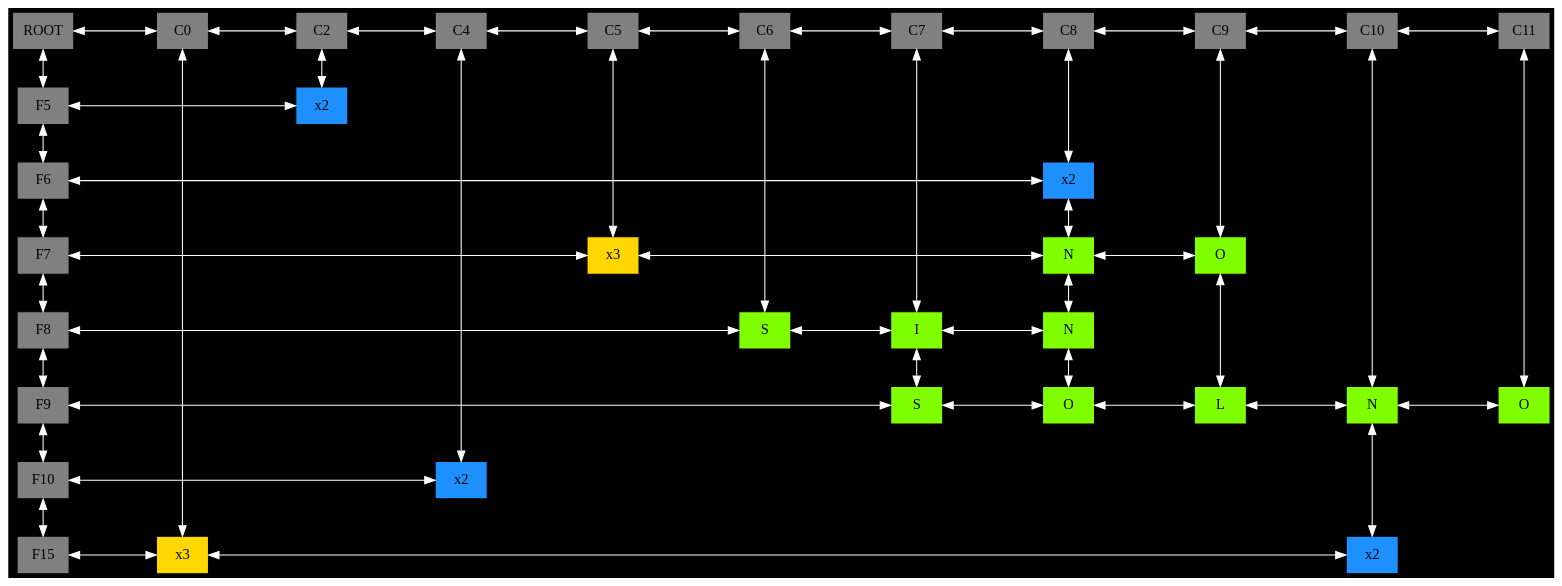
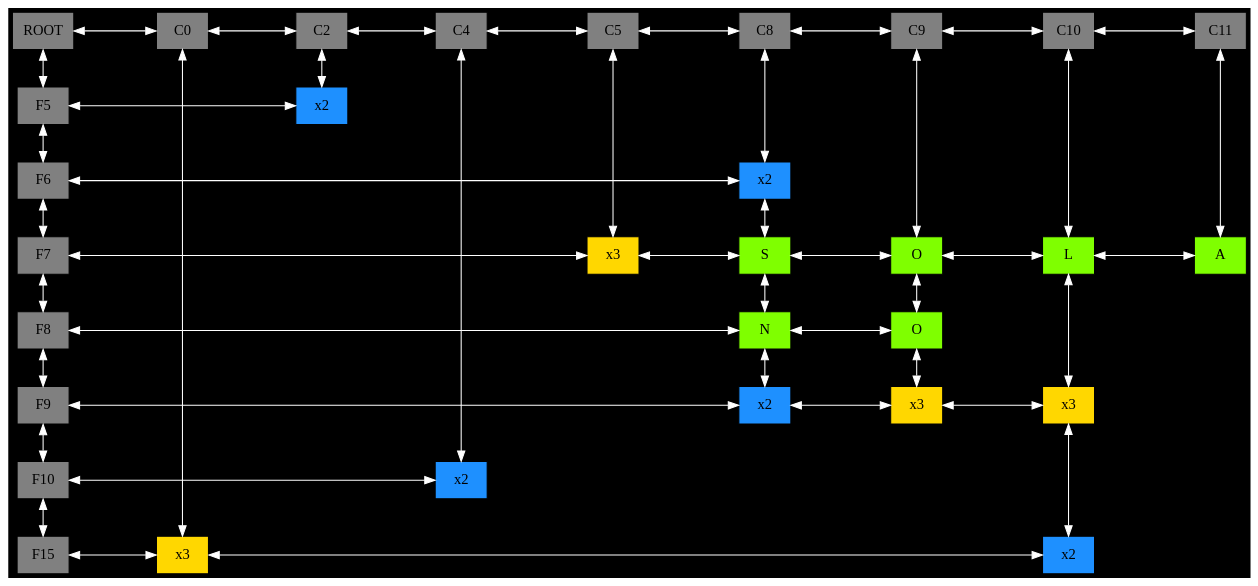
The diagram in Proyecto1EDD_201800464/REPORTES/matriz.dot (PabloAndresArg/EDD_1S2020_PY1_201800464), drawn with Graphviz before and after one commit. The commit also changed 23 other files, not shown here.

```diff
--- a/Proyecto1EDD_201800464/REPORTES/matriz.dot
+++ b/Proyecto1EDD_201800464/REPORTES/matriz.dot
@@ -1,105 +1,98 @@
 digraph G {bgcolor = black; 
 node[pin = true , shape = box, fontcolor = black  , fillcolor = gray  , width=0.7 ,style = filled] ;
 charset = latin1;
  style = filled ;
 nodesep = 1.0;
-VAL_00E50780->VAL_00E8B4E8 [ dir=both ,color = white]; 
-VAL_00E50780->VAL_00E8B100 [  dir=both,  color = white]; 
-VAL_00E50780[label = "ROOT", group = -1,pos = "-1,1" ];
-VAL_00E8B4E8->VAL_00E8AF08 [ dir=both, color = white]; 
-VAL_00E8B4E8->VAL_00E8B9B0 [ dir=both, color = white]; 
-VAL_00E8B4E8[label="C0", group = 0,pos = "0,1" ];
-VAL_00E8AF08->VAL_00E8B3C8 [ dir=both, color = white]; 
-VAL_00E8AF08->VAL_00E8A920 [ dir=both, color = white]; 
-VAL_00E8AF08[label="C2", group = 2,pos = "2,1" ];
-VAL_00E8B3C8->VAL_00E8C610 [ dir=both, color = white]; 
-VAL_00E8B3C8->VAL_00E8B4A0 [ dir=both, color = white]; 
-VAL_00E8B3C8[label="C4", group = 4,pos = "4,1" ];
-VAL_00E8C610->VAL_00E8CA90 [ dir=both, color = white]; 
-VAL_00E8C610->VAL_00E8ADE8 [ dir=both, color = white]; 
-VAL_00E8C610[label="C5", group = 5,pos = "5,1" ];
-VAL_00E8CA90->VAL_00E8CF10 [ dir=both, color = white]; 
-VAL_00E8CA90->VAL_00E8C9B8 [ dir=both, color = white]; 
-VAL_00E8CA90[label="C6", group = 6,pos = "6,1" ];
-VAL_00E8CF10->VAL_00E8B070 [ dir=both, color = white]; 
-VAL_00E8CF10->VAL_00E8CB68 [ dir=both, color = white]; 
-VAL_00E8CF10[label="C7", group = 7,pos = "7,1" ];
-VAL_00E8B070->VAL_00E8C4F0 [ dir=both, color = white]; 
-VAL_00E8B070->VAL_00E8AFE0 [ dir=both, color = white]; 
-VAL_00E8B070[label="C8", group = 8,pos = "8,1" ];
-VAL_00E8C4F0->VAL_00E8B968 [ dir=both, color = white]; 
-VAL_00E8C4F0->VAL_00E8CD18 [ dir=both, color = white]; 
-VAL_00E8C4F0[label="C9", group = 9,pos = "9,1" ];
-VAL_00E8B968->VAL_00E8BBA8 [ dir=both, color = white]; 
-VAL_00E8B968->VAL_00E8B848 [ dir=both, color = white]; 
-VAL_00E8B968[label="C10", group = 10,pos = "10,1" ];
-VAL_00E8BBA8->VAL_00E8C190 [ dir=both, color = white]; 
-VAL_00E8BBA8[label="C11", group = 11,pos = "11,1" ];
-VAL_00E8B100->VAL_00E8A920 [ dir=both ,color = white]; 
-VAL_00E8B100->VAL_00E8AD58 [  dir=both,  color = white]; 
-VAL_00E8B100[label="F5" , group = -1,pos = "-1,-5" ];
-VAL_00E8A920[ label = " x2 " ,fillcolor = dodgerblue1, group = 2,pos = "2,-5" ];
-VAL_00E8AD58->VAL_00E8AFE0 [ dir=both ,color = white]; 
-VAL_00E8AD58->VAL_00E8C7C0 [  dir=both,  color = white]; 
-VAL_00E8AD58[label="F6" , group = -1,pos = "-1,-6" ];
-VAL_00E8AFE0->VAL_00E8C6A0 [ dir=both, color = white]; 
-VAL_00E8AFE0[ label = " x2 " ,fillcolor = dodgerblue1, group = 8,pos = "8,-6" ];
-VAL_00E8C7C0->VAL_00E8ADE8 [ dir=both ,color = white]; 
-VAL_00E8C7C0->VAL_00E8C5C8 [  dir=both,  color = white]; 
-VAL_00E8C7C0[label="F7" , group = -1,pos = "-1,-7" ];
-VAL_00E8ADE8->VAL_00E8C6A0 [ dir=both, color = white]; 
-VAL_00E8ADE8[ label = " x3 "  ,fillcolor = gold1, group = 5,pos = "5,-7" ];
-VAL_00E8C6A0->VAL_00E8CD18 [ dir=both, color = white]; 
-VAL_00E8C6A0->VAL_00E8CE38 [ dir=both, color = white]; 
-VAL_00E8C6A0[ label = "N" ,dir=both ,fillcolor = chartreuse1, group = 8,pos = "8,-7" ];
-VAL_00E8CD18->VAL_00E8B5C0 [ dir=both, color = white]; 
-VAL_00E8CD18[ label = "O" ,dir=both ,fillcolor = chartreuse1, group = 9,pos = "9,-7" ];
-VAL_00E8C5C8->VAL_00E8C9B8 [ dir=both ,color = white]; 
-VAL_00E8C5C8->VAL_00E8D1E0 [  dir=both,  color = white]; 
-VAL_00E8C5C8[label="F8" , group = -1,pos = "-1,-8" ];
-VAL_00E8C9B8->VAL_00E8CB68 [ dir=both, color = white]; 
-VAL_00E8C9B8[ label = "S" ,dir=both ,fillcolor = chartreuse1, group = 6,pos = "6,-8" ];
-VAL_00E8CB68->VAL_00E8CE38 [ dir=both, color = white]; 
-VAL_00E8CB68->VAL_00E8CFE8 [ dir=both, color = white]; 
-VAL_00E8CB68[ label = "I" ,dir=both ,fillcolor = chartreuse1, group = 7,pos = "7,-8" ];
-VAL_00E8CE38->VAL_00E8CDF0 [ dir=both, color = white]; 
-VAL_00E8CE38[ label = "N" ,dir=both ,fillcolor = chartreuse1, group = 8,pos = "8,-8" ];
-VAL_00E8D1E0->VAL_00E8CFE8 [ dir=both ,color = white]; 
-VAL_00E8D1E0->VAL_00E8BA88 [  dir=both,  color = white]; 
-VAL_00E8D1E0[label="F9" , group = -1,pos = "-1,-9" ];
-VAL_00E8CFE8->VAL_00E8CDF0 [ dir=both, color = white]; 
-VAL_00E8CFE8[ label = "S" ,dir=both ,fillcolor = chartreuse1, group = 7,pos = "7,-9" ];
-VAL_00E8CDF0->VAL_00E8B5C0 [ dir=both, color = white]; 
-VAL_00E8CDF0[ label = "O" ,dir=both ,fillcolor = chartreuse1, group = 8,pos = "8,-9" ];
-VAL_00E8B5C0->VAL_00E8B848 [ dir=both, color = white]; 
-VAL_00E8B5C0[ label = "L" ,dir=both ,fillcolor = chartreuse1, group = 9,pos = "9,-9" ];
-VAL_00E8B848->VAL_00E8C190 [ dir=both, color = white]; 
-VAL_00E8B848->VAL_00E8BDE8 [ dir=both, color = white]; 
-VAL_00E8B848[ label = "N" ,dir=both ,fillcolor = chartreuse1, group = 10,pos = "10,-9" ];
-VAL_00E8C190[ label = "O" ,dir=both ,fillcolor = chartreuse1, group = 11,pos = "11,-9" ];
-VAL_00E8BA88->VAL_00E8B4A0 [ dir=both ,color = white]; 
-VAL_00E8BA88->VAL_00E8B728 [  dir=both,  color = white]; 
-VAL_00E8BA88[label="F10" , group = -1,pos = "-1,-10" ];
-VAL_00E8B4A0[ label = " x2 " ,fillcolor = dodgerblue1, group = 4,pos = "4,-10" ];
-VAL_00E8B728->VAL_00E8B9B0 [ dir=both ,color = white]; 
-VAL_00E8B728[label="F15" , group = -1,pos = "-1,-15" ];
-VAL_00E8B9B0->VAL_00E8BDE8 [ dir=both, color = white]; 
-VAL_00E8B9B0[ label = " x3 "  ,fillcolor = gold1, group = 0,pos = "0,-15" ];
-VAL_00E8BDE8[ label = " x2 " ,fillcolor = dodgerblue1, group = 10,pos = "10,-15" ];
-{rank = same; VAL_00E50780 VAL_00E8B4E8 VAL_00E8AF08 VAL_00E8B3C8 VAL_00E8C610 VAL_00E8CA90 VAL_00E8CF10 VAL_00E8B070 VAL_00E8C4F0 VAL_00E8B968 VAL_00E8BBA8 };
+VAL_00D859B8->VAL_00DC40E0 [ dir=both ,color = white]; 
+VAL_00D859B8->VAL_00DBCEF0 [  dir=both,  color = white]; 
+VAL_00D859B8[label = "ROOT", group = -1,pos = "-1,1" ];
+VAL_00DC40E0->VAL_00DBD0E8 [ dir=both, color = white]; 
+VAL_00DC40E0->VAL_00DC4320 [ dir=both, color = white]; 
+VAL_00DC40E0[label="C0", group = 0,pos = "0,1" ];
+VAL_00DBD0E8->VAL_00DC4488 [ dir=both, color = white]; 
+VAL_00DBD0E8->VAL_00D9B8E8 [ dir=both, color = white]; 
+VAL_00DBD0E8[label="C2", group = 2,pos = "2,1" ];
+VAL_00DC4488->VAL_00DBD2E0 [ dir=both, color = white]; 
+VAL_00DC4488->VAL_00DC4368 [ dir=both, color = white]; 
+VAL_00DC4488[label="C4", group = 4,pos = "4,1" ];
+VAL_00DBD2E0->VAL_00DBD178 [ dir=both, color = white]; 
+VAL_00DBD2E0->VAL_00DBD370 [ dir=both, color = white]; 
+VAL_00DBD2E0[label="C5", group = 5,pos = "5,1" ];
+VAL_00DBD178->VAL_00DBC950 [ dir=both, color = white]; 
+VAL_00DBD178->VAL_00DBD0A0 [ dir=both, color = white]; 
+VAL_00DBD178[label="C8", group = 8,pos = "8,1" ];
+VAL_00DBC950->VAL_00DC4440 [ dir=both, color = white]; 
+VAL_00DBC950->VAL_00DC3E10 [ dir=both, color = white]; 
+VAL_00DBC950[label="C9", group = 9,pos = "9,1" ];
+VAL_00DC4440->VAL_00DC3798 [ dir=both, color = white]; 
+VAL_00DC4440->VAL_00DC3A20 [ dir=both, color = white]; 
+VAL_00DC4440[label="C10", group = 10,pos = "10,1" ];
+VAL_00DC3798->VAL_00DC3900 [ dir=both, color = white]; 
+VAL_00DC3798[label="C11", group = 11,pos = "11,1" ];
+VAL_00DBCEF0->VAL_00D9B8E8 [ dir=both ,color = white]; 
+VAL_00DBCEF0->VAL_00DBD1C0 [  dir=both,  color = white]; 
+VAL_00DBCEF0[label="F5" , group = -1,pos = "-1,-5" ];
+VAL_00D9B8E8[ label = " x2 " ,fillcolor = dodgerblue1, group = 2,pos = "2,-5" ];
+VAL_00DBD1C0->VAL_00DBD0A0 [ dir=both ,color = white]; 
+VAL_00DBD1C0->VAL_00DBD490 [  dir=both,  color = white]; 
+VAL_00DBD1C0[label="F6" , group = -1,pos = "-1,-6" ];
+VAL_00DBD0A0->VAL_00DBCA28 [ dir=both, color = white]; 
+VAL_00DBD0A0[ label = " x2 " ,fillcolor = dodgerblue1, group = 8,pos = "8,-6" ];
+VAL_00DBD490->VAL_00DBD370 [ dir=both ,color = white]; 
+VAL_00DBD490->VAL_00DBC8C0 [  dir=both,  color = white]; 
+VAL_00DBD490[label="F7" , group = -1,pos = "-1,-7" ];
+VAL_00DBD370->VAL_00DBCA28 [ dir=both, color = white]; 
+VAL_00DBD370[ label = " x3 "  ,fillcolor = gold1, group = 5,pos = "5,-7" ];
+VAL_00DBCA28->VAL_00DC3E10 [ dir=both, color = white]; 
+VAL_00DBCA28->VAL_00DBCA70 [ dir=both, color = white]; 
+VAL_00DBCA28[ label = "S" ,dir=both ,fillcolor = chartreuse1, group = 8,pos = "8,-7" ];
+VAL_00DC3E10->VAL_00DC3A20 [ dir=both, color = white]; 
+VAL_00DC3E10->VAL_00DBC908 [ dir=both, color = white]; 
+VAL_00DC3E10[ label = "O" ,dir=both ,fillcolor = chartreuse1, group = 9,pos = "9,-7" ];
+VAL_00DC3A20->VAL_00DC3900 [ dir=both, color = white]; 
+VAL_00DC3A20->VAL_00DC41B8 [ dir=both, color = white]; 
+VAL_00DC3A20[ label = "L" ,dir=both ,fillcolor = chartreuse1, group = 10,pos = "10,-7" ];
+VAL_00DC3900[ label = "A" ,dir=both ,fillcolor = chartreuse1, group = 11,pos = "11,-7" ];
+VAL_00DBC8C0->VAL_00DBCA70 [ dir=both ,color = white]; 
+VAL_00DBC8C0->VAL_00DBC998 [  dir=both,  color = white]; 
+VAL_00DBC8C0[label="F8" , group = -1,pos = "-1,-8" ];
+VAL_00DBCA70->VAL_00DBC908 [ dir=both, color = white]; 
+VAL_00DBCA70->VAL_00DBCD88 [ dir=both, color = white]; 
+VAL_00DBCA70[ label = "N" ,dir=both ,fillcolor = chartreuse1, group = 8,pos = "8,-8" ];
+VAL_00DBC908->VAL_00DBCC68 [ dir=both, color = white]; 
+VAL_00DBC908[ label = "O" ,dir=both ,fillcolor = chartreuse1, group = 9,pos = "9,-8" ];
+VAL_00DBC998->VAL_00DBCD88 [ dir=both ,color = white]; 
+VAL_00DBC998->VAL_00DC4200 [  dir=both,  color = white]; 
+VAL_00DBC998[label="F9" , group = -1,pos = "-1,-9" ];
+VAL_00DBCD88->VAL_00DBCC68 [ dir=both, color = white]; 
+VAL_00DBCD88[ label = " x2 " ,fillcolor = dodgerblue1, group = 8,pos = "8,-9" ];
+VAL_00DBCC68->VAL_00DC41B8 [ dir=both, color = white]; 
+VAL_00DBCC68[ label = " x3 "  ,fillcolor = gold1, group = 9,pos = "9,-9" ];
+VAL_00DC41B8->VAL_00DC3828 [ dir=both, color = white]; 
+VAL_00DC41B8[ label = " x3 "  ,fillcolor = gold1, group = 10,pos = "10,-9" ];
+VAL_00DC4200->VAL_00DC4368 [ dir=both ,color = white]; 
+VAL_00DC4200->VAL_00DC4248 [  dir=both,  color = white]; 
+VAL_00DC4200[label="F10" , group = -1,pos = "-1,-10" ];
+VAL_00DC4368[ label = " x2 " ,fillcolor = dodgerblue1, group = 4,pos = "4,-10" ];
+VAL_00DC4248->VAL_00DC4320 [ dir=both ,color = white]; 
+VAL_00DC4248[label="F15" , group = -1,pos = "-1,-15" ];
+VAL_00DC4320->VAL_00DC3828 [ dir=both, color = white]; 
+VAL_00DC4320[ label = " x3 "  ,fillcolor = gold1, group = 0,pos = "0,-15" ];
+VAL_00DC3828[ label = " x2 " ,fillcolor = dodgerblue1, group = 10,pos = "10,-15" ];
+{rank = same; VAL_00D859B8 VAL_00DC40E0 VAL_00DBD0E8 VAL_00DC4488 VAL_00DBD2E0 VAL_00DBD178 VAL_00DBC950 VAL_00DC4440 VAL_00DC3798 };
 
-{rank = same; VAL_00E8B100 VAL_00E8A920 };
+{rank = same; VAL_00DBCEF0 VAL_00D9B8E8 };
 
-{rank = same; VAL_00E8AD58 VAL_00E8AFE0 };
+{rank = same; VAL_00DBD1C0 VAL_00DBD0A0 };
 
-{rank = same; VAL_00E8C7C0 VAL_00E8ADE8 VAL_00E8C6A0 VAL_00E8CD18 };
+{rank = same; VAL_00DBD490 VAL_00DBD370 VAL_00DBCA28 VAL_00DC3E10 VAL_00DC3A20 VAL_00DC3900 };
 
-{rank = same; VAL_00E8C5C8 VAL_00E8C9B8 VAL_00E8CB68 VAL_00E8CE38 };
+{rank = same; VAL_00DBC8C0 VAL_00DBCA70 VAL_00DBC908 };
 
-{rank = same; VAL_00E8D1E0 VAL_00E8CFE8 VAL_00E8CDF0 VAL_00E8B5C0 VAL_00E8B848 VAL_00E8C190 };
+{rank = same; VAL_00DBC998 VAL_00DBCD88 VAL_00DBCC68 VAL_00DC41B8 };
 
-{rank = same; VAL_00E8BA88 VAL_00E8B4A0 };
+{rank = same; VAL_00DC4200 VAL_00DC4368 };
 
-{rank = same; VAL_00E8B728 VAL_00E8B9B0 VAL_00E8BDE8 };
+{rank = same; VAL_00DC4248 VAL_00DC4320 VAL_00DC3828 };
 
 }
```
